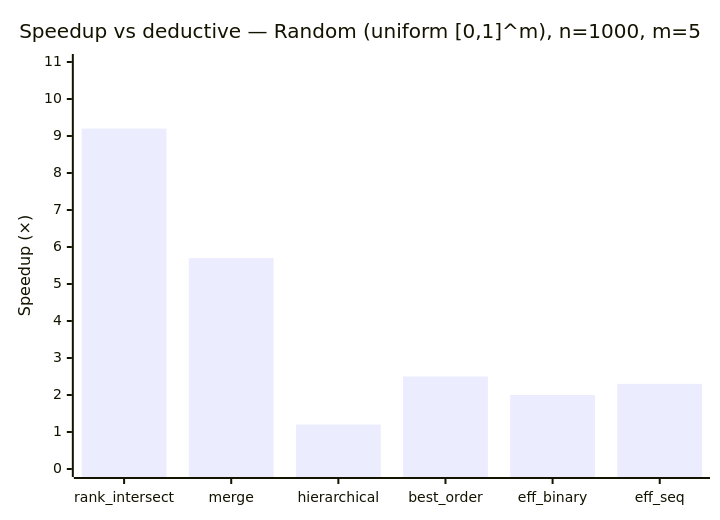
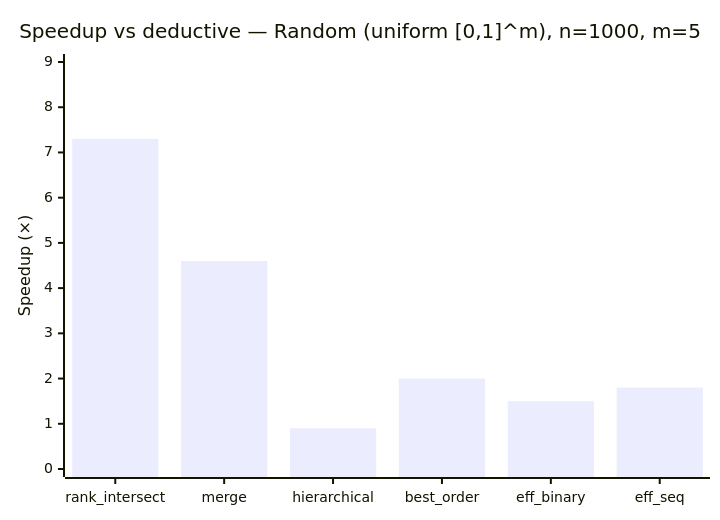
The first of 8 diagrams in BENCHMARKS.md (foolnotion/ndsort), drawn with Mermaid before and after one commit. The commit also changed other lines of this file and 4 other files, not shown here.

````diff
--- a/BENCHMARKS.md
+++ b/BENCHMARKS.md
@@ -51,7 +48,7 @@
 ```mermaid
 xychart-beta
     title "Speedup vs deductive — Random (uniform [0,1]^m), n=1000, m=5"
     x-axis ["rank_intersect", "merge", "hierarchical", "best_order", "eff_binary", "eff_seq"]
-    y-axis "Speedup (×)" 0 --> 11
-    bar [9.2, 5.7, 1.2, 2.5, 2.0, 2.3]
+    y-axis "Speedup (×)" 0 --> 9
+    bar [7.3, 4.6, 0.9, 2.0, 1.5, 1.8]
 ```
````
